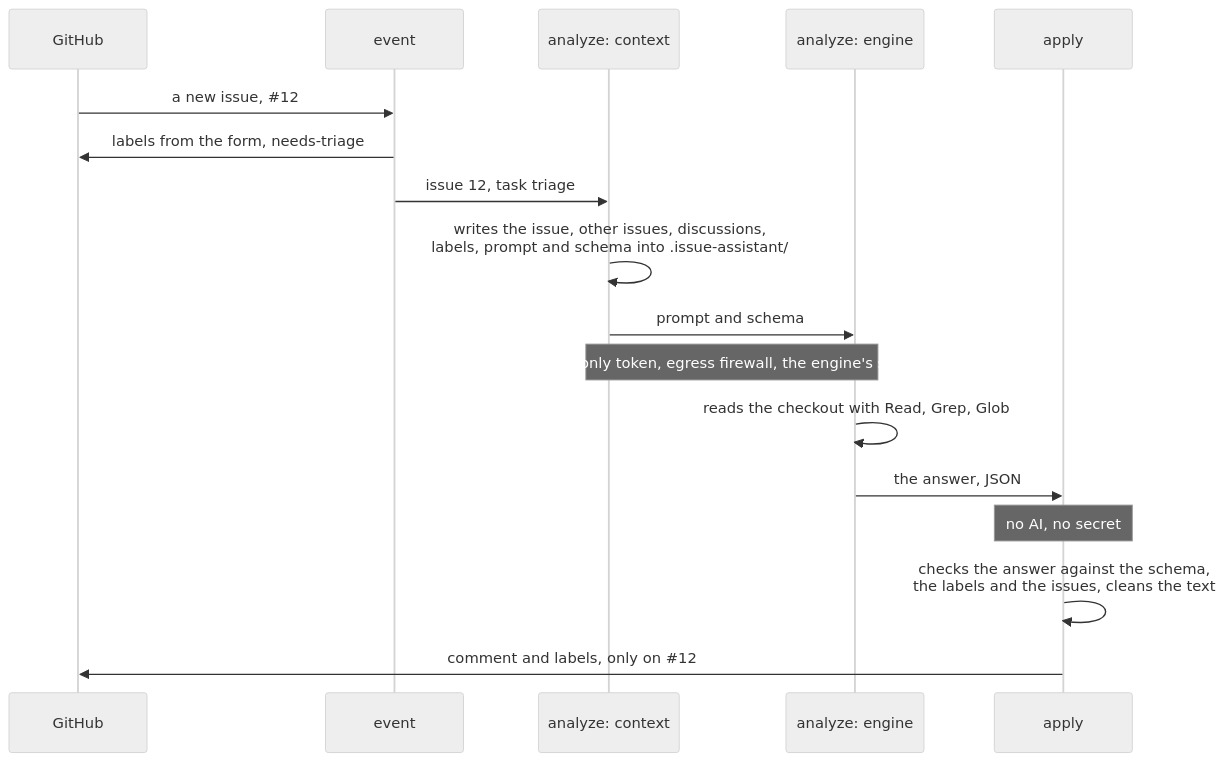
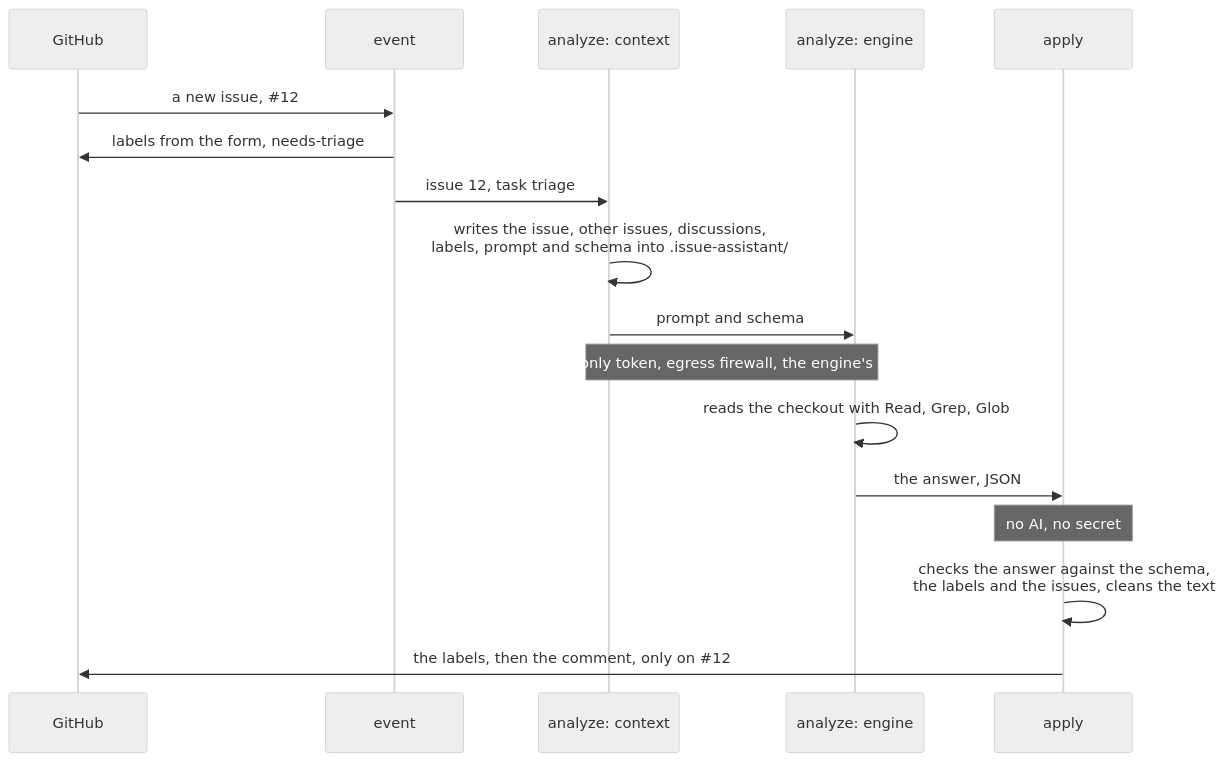
Before and after one commit to Dennis-Otto/issue-assistant: the second of 8 diagrams in docs/architecture.md, drawn with Mermaid (neutral theme). The commit also changed other lines of this file and 7 other files, not shown here.

````diff
--- a/docs/architecture.md
+++ b/docs/architecture.md
@@ -70,19 +70,19 @@
 ```mermaid
 sequenceDiagram
   participant G as GitHub
   participant E as event
   participant C as analyze: context
   participant AI as analyze: engine
   participant P as apply
   G->>E: a new issue, #35;12
   E->>G: labels from the form, needs-triage
   E->>C: issue 12, task triage
   C->>C: writes the issue, other issues, discussions,<br/>labels, prompt and schema into .issue-assistant/
   C->>AI: prompt and schema
   Note over C,AI: read-only token, egress firewall, the engine's secret
   AI->>AI: reads the checkout with Read, Grep, Glob
   AI->>P: the answer, JSON
   Note over P: no AI, no secret
   P->>P: checks the answer against the schema,<br/>the labels and the issues, cleans the text
-  P->>G: comment and labels, only on #35;12
+  P->>G: the labels, then the comment, only on #35;12
 ```
````
